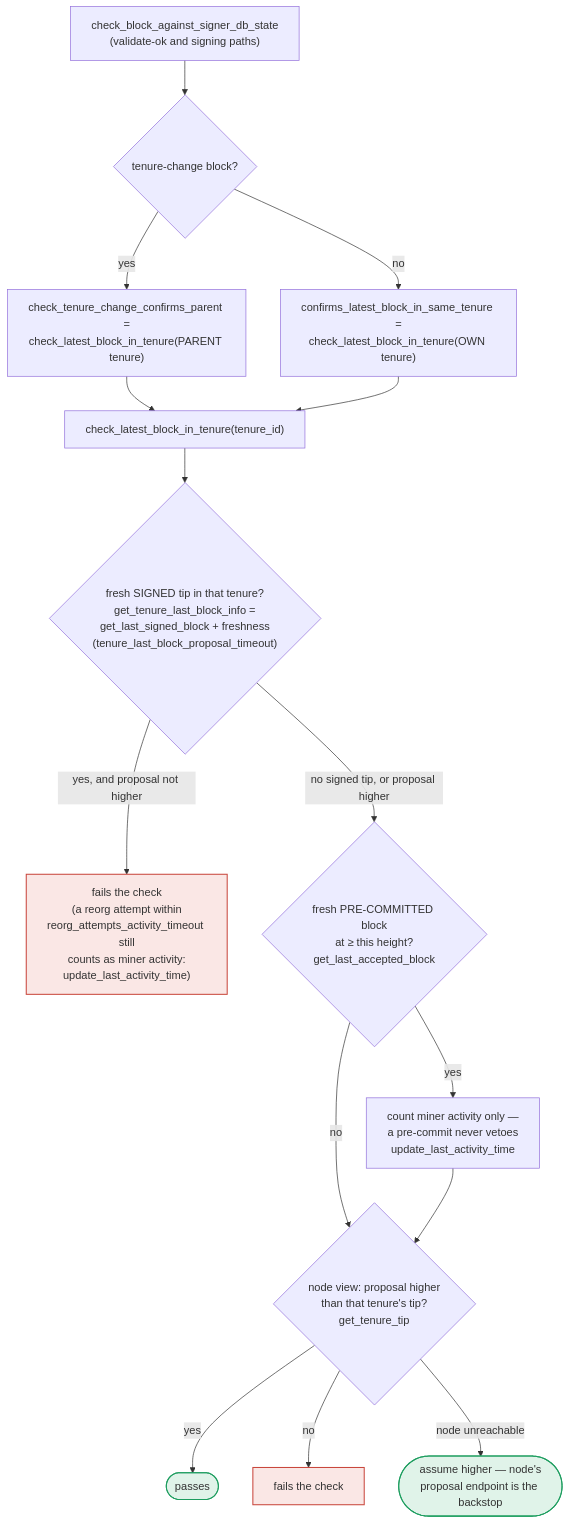
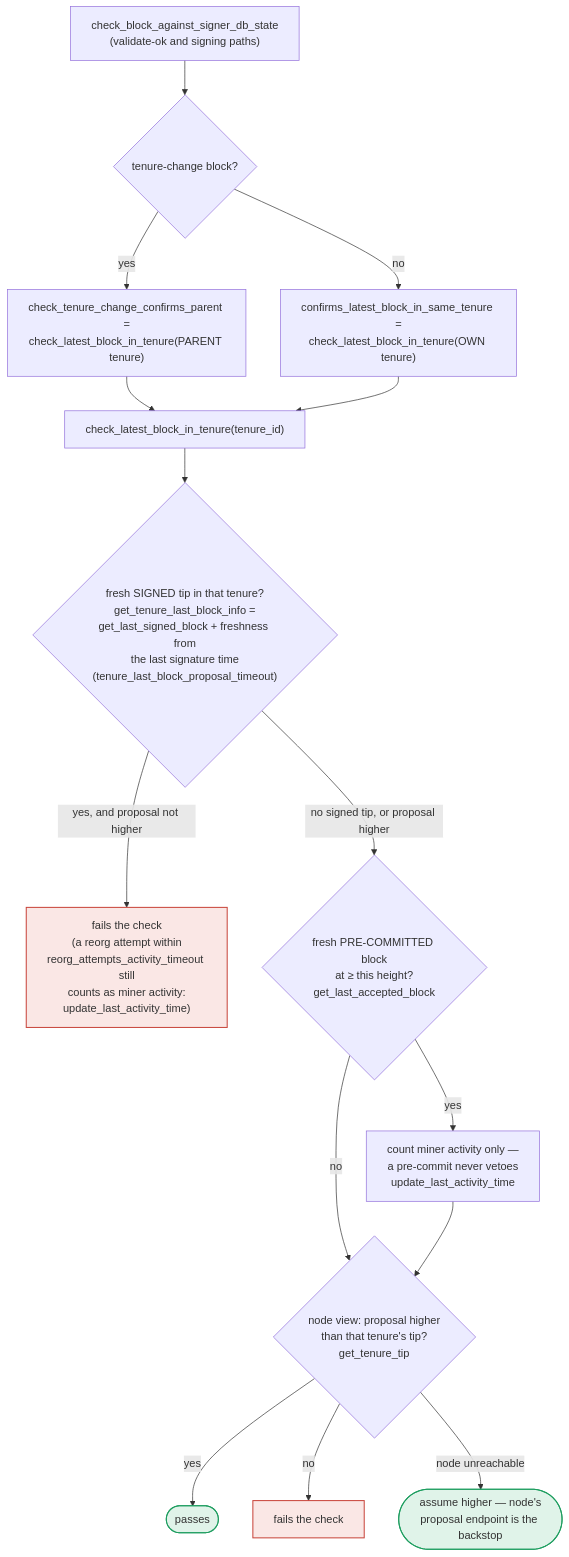
Before and after one commit to stacks-network/stacks-core: the eighth of 9 diagrams in docs/signer-flows.md, drawn with Mermaid. The commit also changed other lines of this file and 2 other files, not shown here.

First line of the commit message:
fix: a rejected block still binds the signer who signed it

````diff
--- a/docs/signer-flows.md
+++ b/docs/signer-flows.md
@@ -393,19 +400,19 @@
 ```mermaid
 flowchart TB
     IN["check_block_against_signer_db_state<br/>(validate-ok and signing paths)"] --> TC{"tenure-change block?"}
     TC -- yes --> PARENT["check_tenure_change_confirms_parent =<br/>check_latest_block_in_tenure(PARENT tenure)"]
     TC -- no --> SAME["confirms_latest_block_in_same_tenure =<br/>check_latest_block_in_tenure(OWN tenure)"]
     PARENT --> CLB
     SAME --> CLB["check_latest_block_in_tenure(tenure_id)"]
-    CLB --> LSB{"fresh SIGNED tip in that tenure?<br/>get_tenure_last_block_info =<br/>get_last_signed_block + freshness<br/>(tenure_last_block_proposal_timeout)"}
+    CLB --> LSB{"fresh SIGNED tip in that tenure?<br/>get_tenure_last_block_info =<br/>get_last_signed_block + freshness from<br/>the last signature time<br/>(tenure_last_block_proposal_timeout)"}
     LSB -- "yes, and proposal not higher" --> RA["fails the check<br/>(a reorg attempt within<br/>reorg_attempts_activity_timeout still<br/>counts as miner activity:<br/>update_last_activity_time)"]:::bad
     LSB -- "no signed tip, or proposal higher" --> CARVE{"fresh PRE-COMMITTED block<br/>at ≥ this height?<br/>get_last_accepted_block"}
     CARVE -- yes --> ACT["count miner activity only —<br/>a pre-commit never vetoes<br/>update_last_activity_time"]
     CARVE -- no --> NODE
     ACT --> NODE{"node view: proposal higher<br/>than that tenure's tip?<br/>get_tenure_tip"}
     NODE -- yes --> OK(["passes"]):::good
     NODE -- no --> RB["fails the check"]:::bad
     NODE -- "node unreachable" --> OK2(["assume higher — node's<br/>proposal endpoint is the backstop"]):::good
     classDef good fill:#17a45c22,stroke:#1d9d5f,stroke-width:1.5px;
     classDef bad fill:#d84a3f22,stroke:#c9473d,stroke-width:1.5px;
 ```
````
